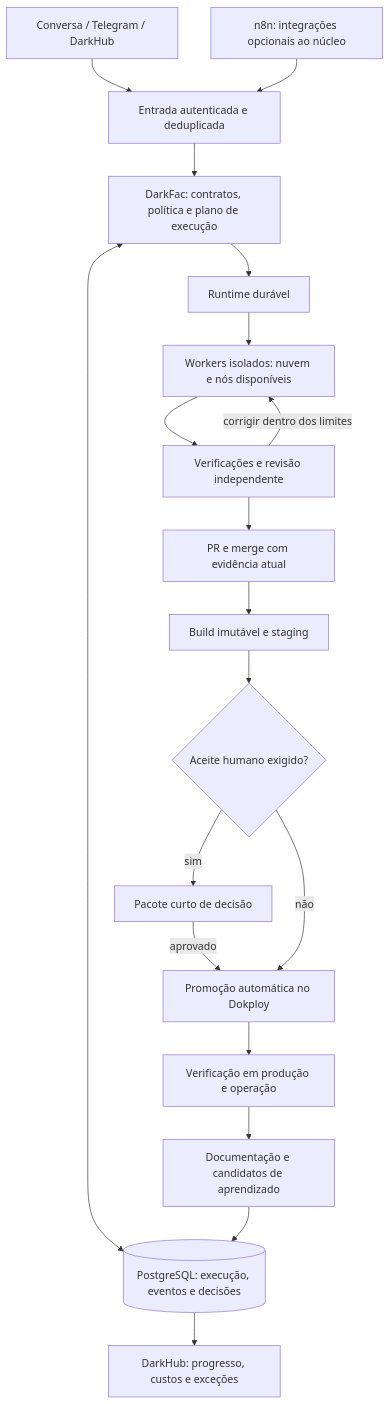
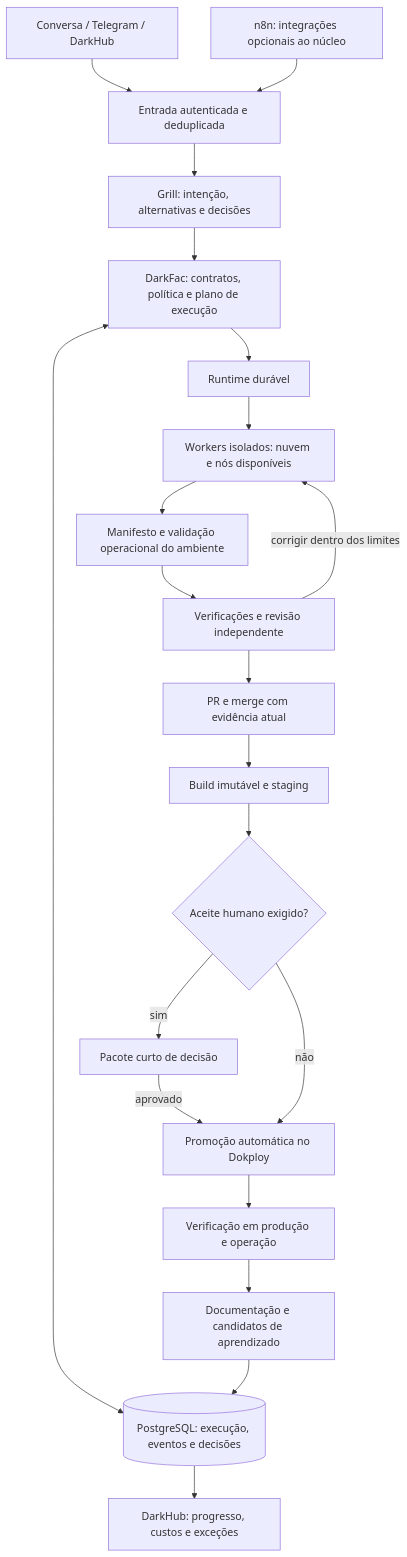
Before and after one commit to GCamposGit/DarkFactory: the diagram in docs/HYBRID_WORKFLOW_PLAN_2026-09-08.md, drawn with Mermaid. The commit also changed other lines of this file and 27 other files, not shown here.

````diff
--- a/docs/HYBRID_WORKFLOW_PLAN_2026-09-08.md
+++ b/docs/HYBRID_WORKFLOW_PLAN_2026-09-08.md
@@ -64,21 +68,23 @@
 ```mermaid
 flowchart TD
     A[Conversa / Telegram / DarkHub] --> B[Entrada autenticada e deduplicada]
-    B --> C[DarkFac: contratos, política e plano de execução]
+    B --> Q[Grill: intenção, alternativas e decisões]
+    Q --> C[DarkFac: contratos, política e plano de execução]
     C <--> D[(PostgreSQL: execução, eventos e decisões)]
     C --> E[Runtime durável]
     E --> F[Workers isolados: nuvem e nós disponíveis]
-    F --> G[Verificações e revisão independente]
+    F --> R[Manifesto e validação operacional do ambiente]
+    R --> G[Verificações e revisão independente]
     G -->|corrigir dentro dos limites| F
     G --> H[PR e merge com evidência atual]
     H --> I[Build imutável e staging]
     I --> J{Aceite humano exigido?}
     J -->|sim| K[Pacote curto de decisão]
     K -->|aprovado| L[Promoção automática no Dokploy]
     J -->|não| L
     L --> M[Verificação em produção e operação]
     M --> N[Documentação e candidatos de aprendizado]
     N --> D
     D --> O[DarkHub: progresso, custos e exceções]
     P[n8n: integrações opcionais ao núcleo] --> B
 ```
````
